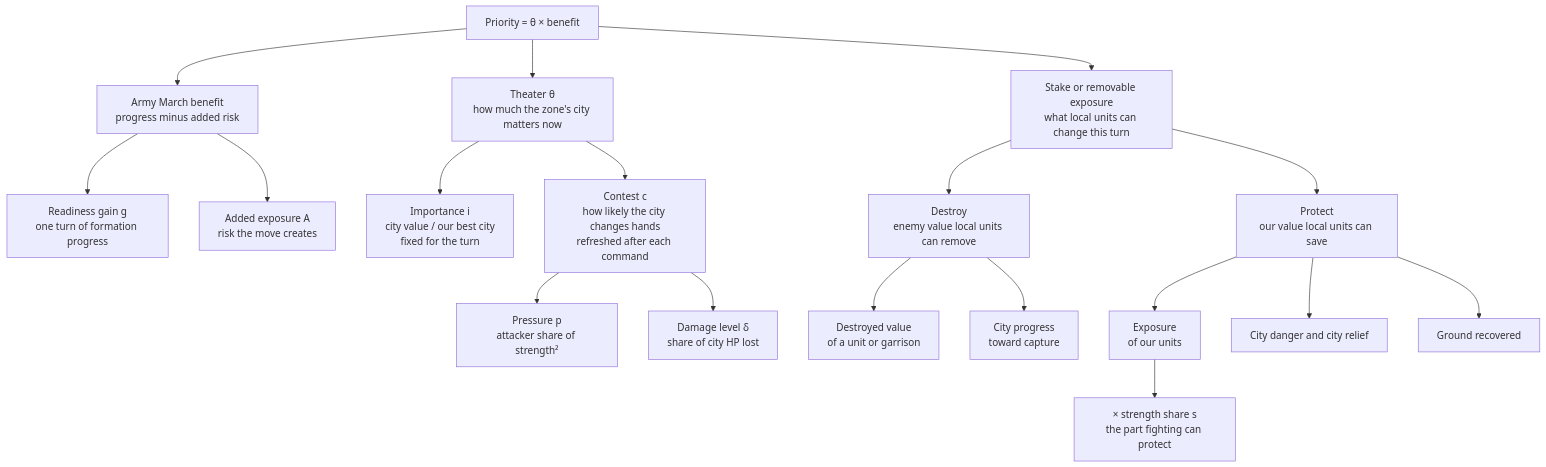
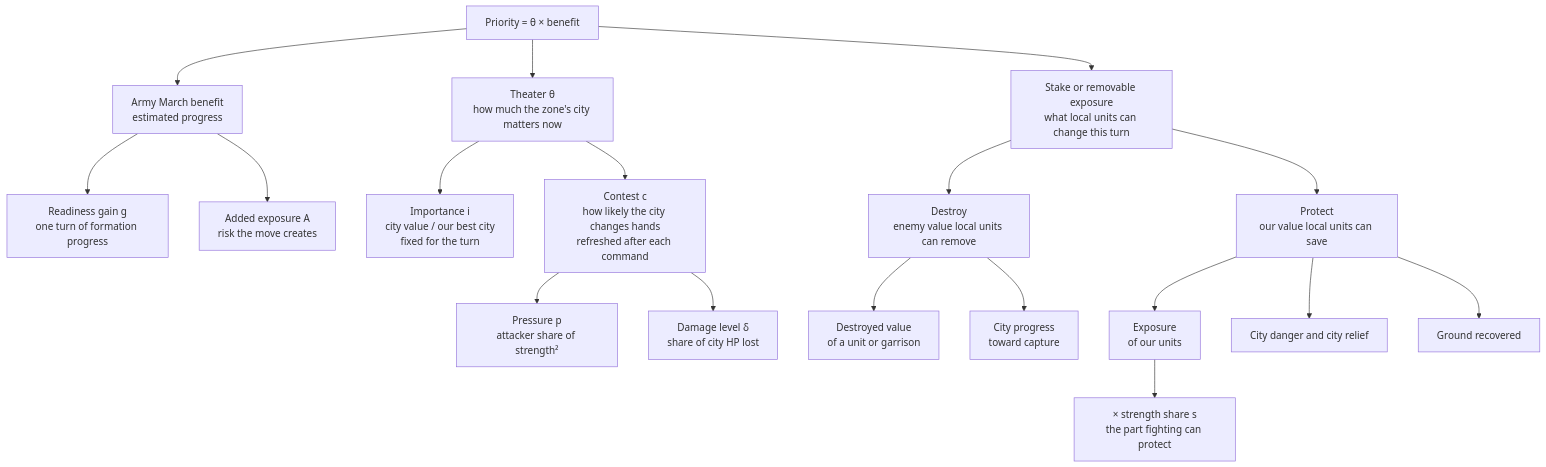
The first of 2 diagrams in docs/developers/civ5-dll/unit-ai/commands/value.md (vox-deorum/vox-deorum), drawn with Mermaid before and after one commit. The commit also changed other lines of this file and 5 other files, not shown here.

````diff
--- a/docs/developers/civ5-dll/unit-ai/commands/value.md
+++ b/docs/developers/civ5-dll/unit-ai/commands/value.md
@@ -5,21 +5,21 @@
 ```mermaid
 flowchart TD
     P["Priority = θ × benefit"]
     P --> T["Theater θ<br/>how much the zone's city matters now"]
     P --> S["Stake or removable exposure<br/>what local units can change this turn"]
-    P --> M["Army March benefit<br/>progress minus added risk"]
+    P --> M["Army March benefit<br/>estimated progress"]
     M --> GA["Readiness gain g<br/>one turn of formation progress"]
     M --> RA["Added exposure A<br/>risk the move creates"]
     T --> I["Importance i<br/>city value / our best city<br/>fixed for the turn"]
     T --> C["Contest c<br/>how likely the city changes hands<br/>refreshed after each command"]
     C --> PR["Pressure p<br/>attacker share of strength²"]
     C --> DM["Damage level δ<br/>share of city HP lost"]
     S --> DE["Destroy<br/>enemy value local units can remove"]
     S --> PT["Protect<br/>our value local units can save"]
     DE --> K["Destroyed value<br/>of a unit or garrison"]
     DE --> CP["City progress<br/>toward capture"]
     PT --> EX["Exposure<br/>of our units"]
     EX --> EXS["× strength share s<br/>the part fighting can protect"]
     PT --> CR["City danger and city relief"]
     PT --> GR["Ground recovered"]
 ```
````
